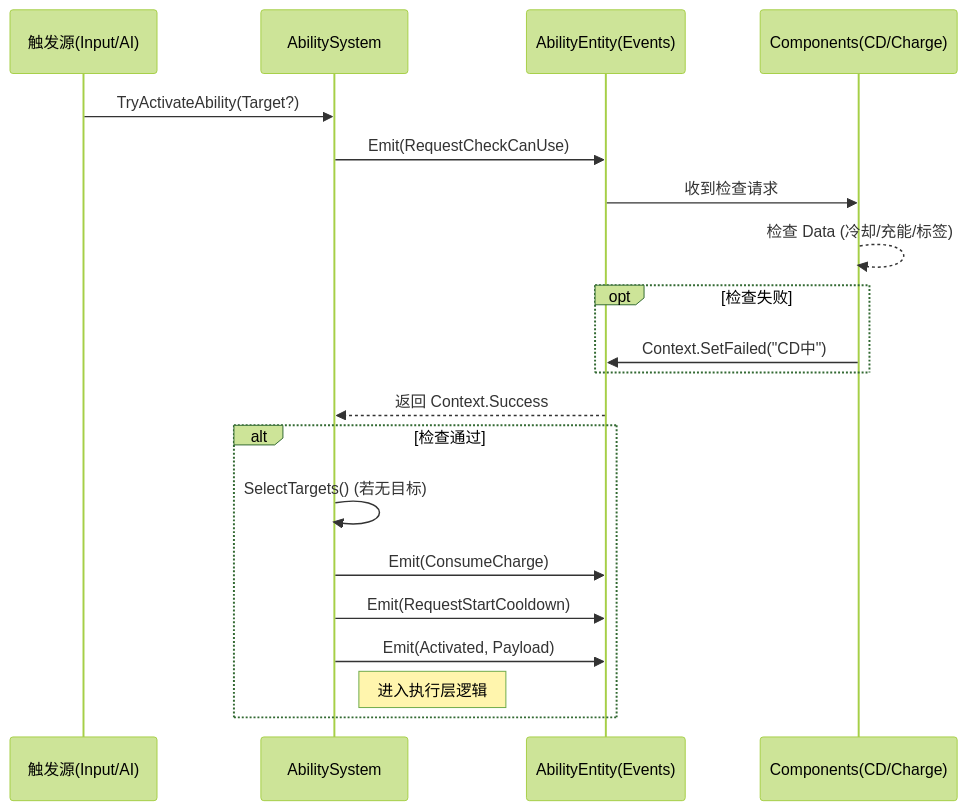
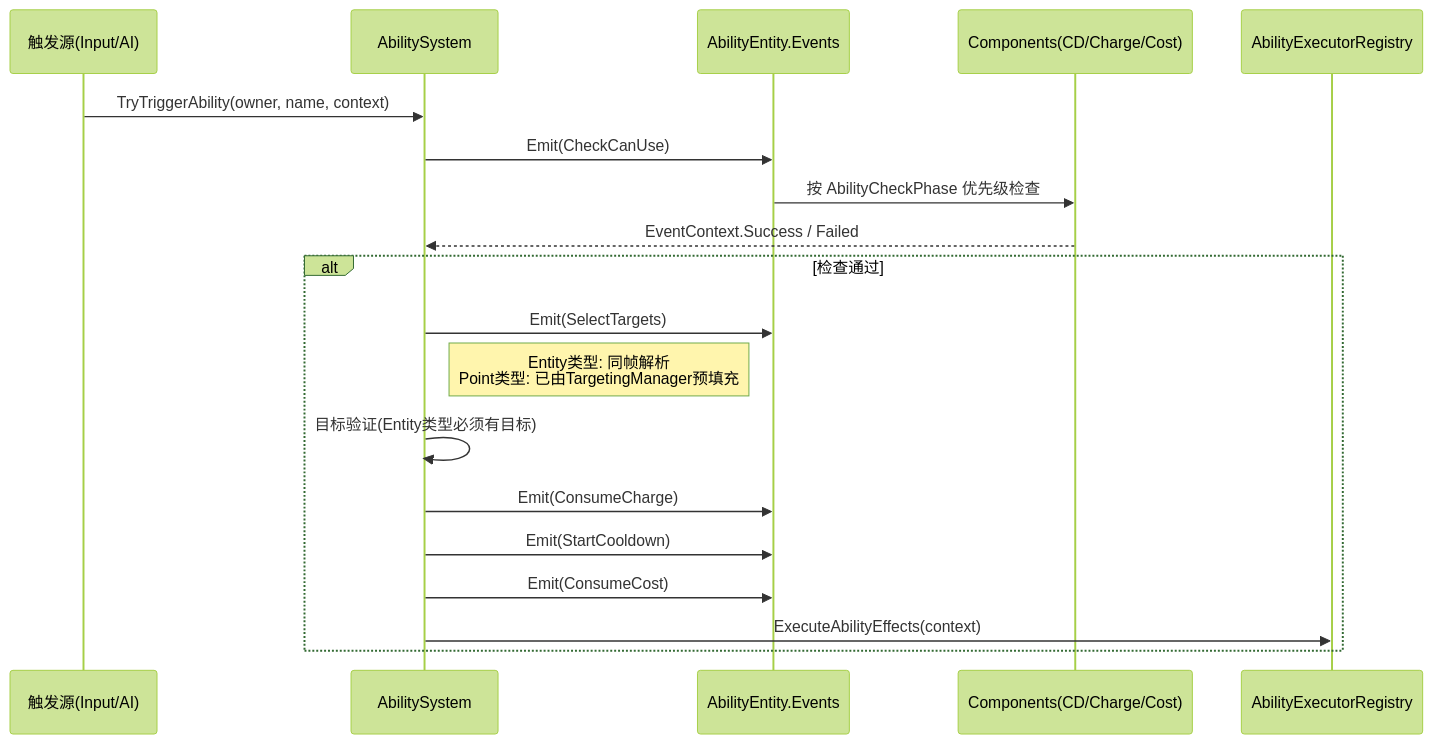
The diagram in docs/框架/ECS/Ability/技能系统架构设计理念.md (alading-2/GodotCSharpECSStruct_Open), drawn with Mermaid (forest theme) before and after one commit. The commit also changed other lines of this file and 59 other files, not shown here.

````diff
--- a/docs/框架/ECS/Ability/技能系统架构设计理念.md
+++ b/docs/框架/ECS/Ability/技能系统架构设计理念.md
@@ -74,24 +124,23 @@
 ```mermaid
 sequenceDiagram
-    participant Source as 触发源(Input/AI)
+    participant Input as 触发源(Input/AI)
     participant Sys as AbilitySystem
-    participant E as AbilityEntity(Events)
-    participant Cmp as Components(CD/Charge)
-    
-    Source->>Sys: TryActivateAbility(Target?)
-    Sys->>E: Emit(RequestCheckCanUse)
-    E->>Cmp: 收到检查请求
-    Cmp-->>Cmp: 检查 Data (冷却/充能/标签)
-    opt 检查失败
-        Cmp->>E: Context.SetFailed("CD中")
-    end
-    E-->>Sys: 返回 Context.Success
-    
+    participant E as AbilityEntity.Events
+    participant Cmp as Components(CD/Charge/Cost)
+    participant Exec as AbilityExecutorRegistry
+
+    Input->>Sys: TryTriggerAbility(owner, name, context)
+    Sys->>E: Emit(CheckCanUse)
+    E->>Cmp: 按 AbilityCheckPhase 优先级检查
+    Cmp-->>Sys: EventContext.Success / Failed
+
     alt 检查通过
-        Sys->>Sys: SelectTargets() (若无目标)
+        Sys->>E: Emit(SelectTargets)
+        Note right of Sys: Entity类型: 同帧解析<br/>Point类型: 已由TargetingManager预填充
+        Sys->>Sys: 目标验证(Entity类型必须有目标)
         Sys->>E: Emit(ConsumeCharge)
-        Sys->>E: Emit(RequestStartCooldown)
-        Sys->>E: Emit(Activated, Payload)
-        Note right of Sys: 进入执行层逻辑
+        Sys->>E: Emit(StartCooldown)
+        Sys->>E: Emit(ConsumeCost)
+        Sys->>Exec: ExecuteAbilityEffects(context)
     end
 ```
````
